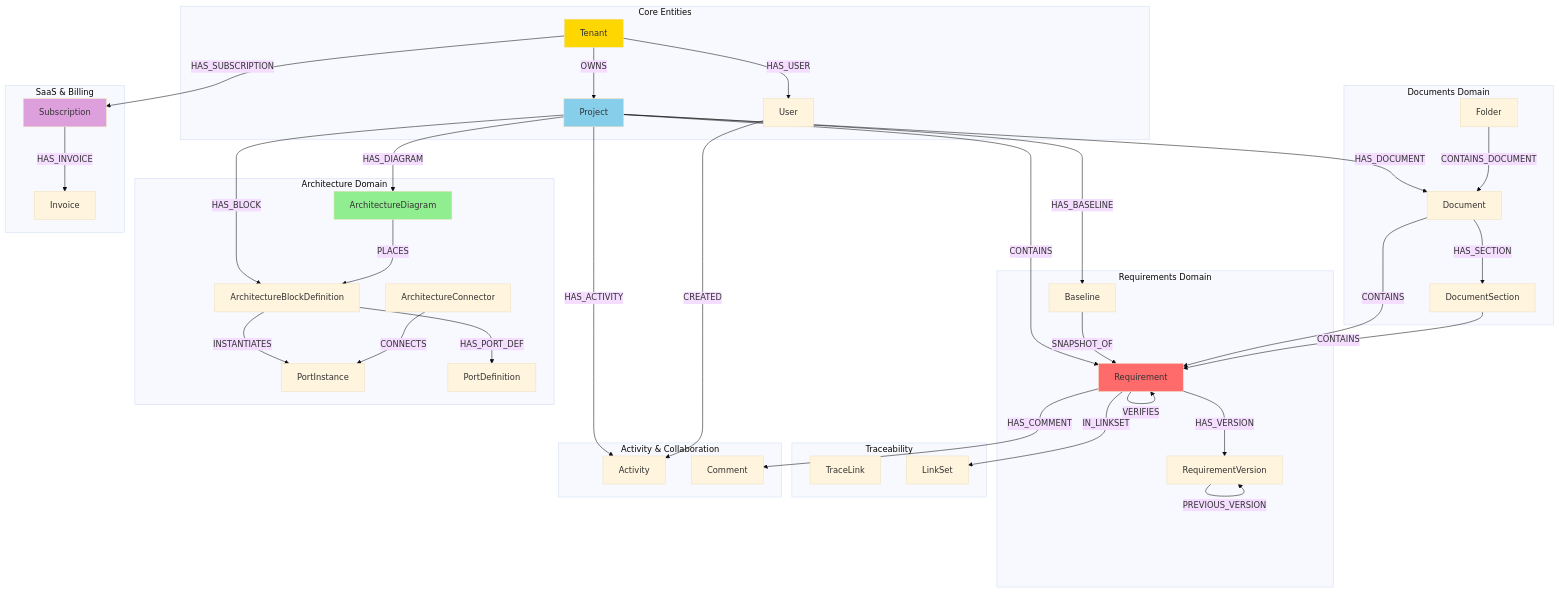
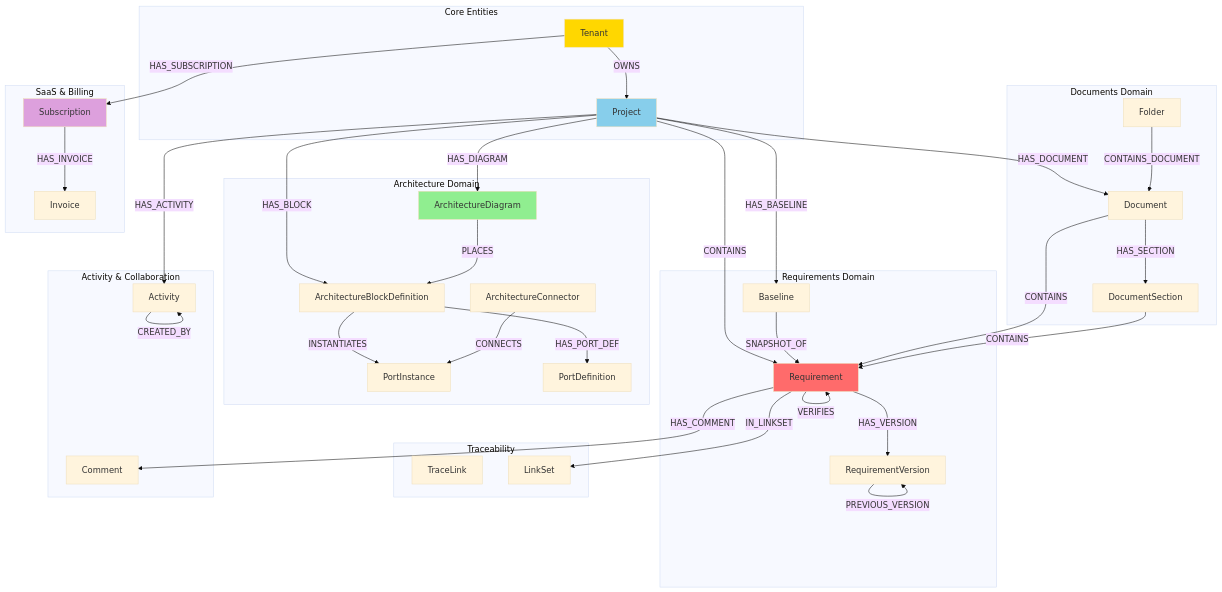
Before and after one commit to Hollando78/airgen: the ninth of 9 diagrams in DESIGN_DESCRIPTION.md, drawn with Mermaid (base theme). The commit also changed other lines of this file, not shown here.

First line of the commit message:
docs: add PostgreSQL to data layer and architecture diagram

````diff
--- a/DESIGN_DESCRIPTION.md
+++ b/DESIGN_DESCRIPTION.md
@@ -858,82 +985,80 @@
 ```mermaid
 graph TB
     subgraph "Core Entities"
         T[Tenant]
         P[Project]
-        U[User]
     end
 
     subgraph "Requirements Domain"
         R[Requirement]
         RV[RequirementVersion]
         B[Baseline]
     end
 
     subgraph "Documents Domain"
         D[Document]
         DS[DocumentSection]
         F[Folder]
     end
 
     subgraph "Architecture Domain"
         AD[ArchitectureDiagram]
         AB[ArchitectureBlockDefinition]
         AC[ArchitectureConnector]
         PI[PortInstance]
         PD[PortDefinition]
     end
 
     subgraph "Traceability"
         TL[TraceLink]
         LS[LinkSet]
     end
 
     subgraph "Activity & Collaboration"
         A[Activity]
         C[Comment]
     end
 
     subgraph "SaaS & Billing"
         S[Subscription]
         I[Invoice]
     end
 
     T -->|OWNS| P
-    T -->|HAS_USER| U
     P -->|CONTAINS| R
     R -->|HAS_VERSION| RV
     RV -->|PREVIOUS_VERSION| RV
     P -->|HAS_BASELINE| B
     B -->|SNAPSHOT_OF| R
 
     P -->|HAS_DOCUMENT| D
     D -->|HAS_SECTION| DS
     F -->|CONTAINS_DOCUMENT| D
     D -->|CONTAINS| R
     DS -->|CONTAINS| R
 
     P -->|HAS_DIAGRAM| AD
     P -->|HAS_BLOCK| AB
     AD -->|PLACES| AB
     AB -->|HAS_PORT_DEF| PD
     AB -->|INSTANTIATES| PI
     AC -->|CONNECTS| PI
 
     R -->|SATISFIES| R
     R -->|DERIVES| R
     R -->|VERIFIES| R
     R -->|IN_LINKSET| LS
 
     P -->|HAS_ACTIVITY| A
     R -->|HAS_COMMENT| C
-    U -->|CREATED| A
+    A -->|CREATED_BY| A
 
     T -->|HAS_SUBSCRIPTION| S
     S -->|HAS_INVOICE| I
 
     style T fill:#FFD700
     style P fill:#87CEEB
     style R fill:#FF6B6B
     style AD fill:#90EE90
     style S fill:#DDA0DD
 ```
````
